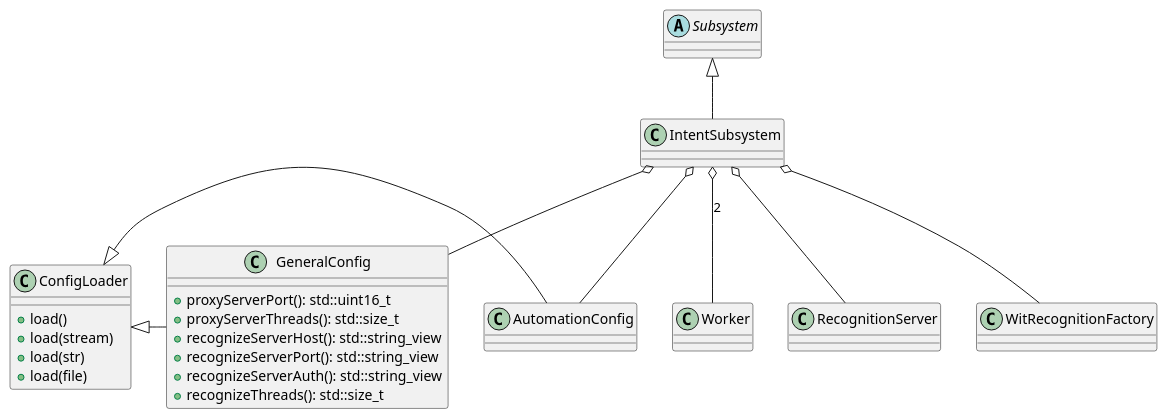
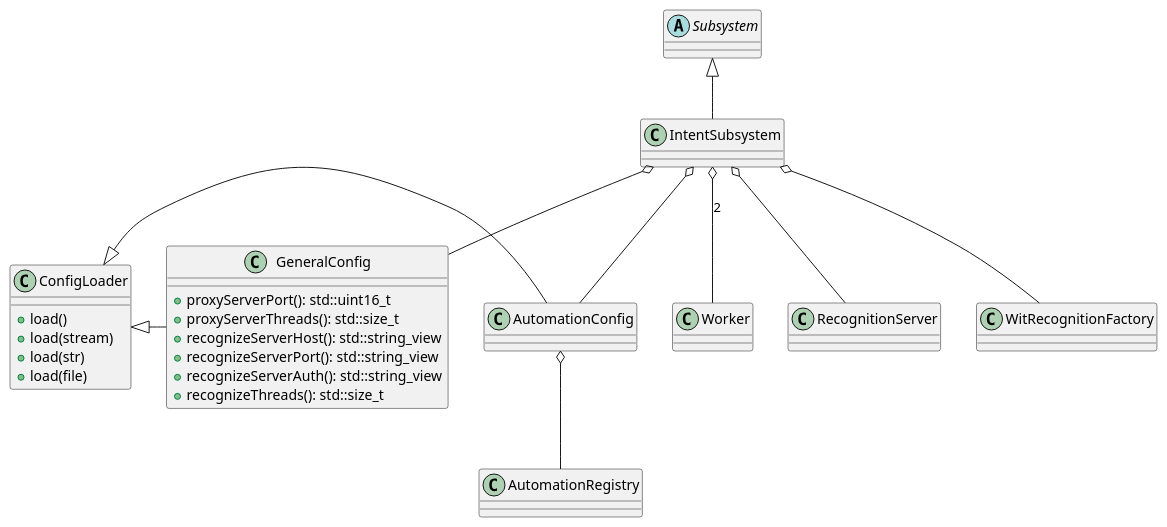
One commit to denoming/rintento changed the second of 10 diagrams in src/intent/doc/intent.md. Above: the diagram before and after it, drawn with PlantUML. The commit also changed other lines of this file, not shown here.

````diff
--- a/src/intent/doc/intent.md
+++ b/src/intent/doc/intent.md
@@ -56,32 +66,34 @@
 ```plantuml
 @startuml
 abstract class Subsystem
 
 class ConfigLoader {
     +load()
     +load(stream)
     +load(str)
     +load(file)
 }
 
 class GeneralConfig {
     +proxyServerPort(): std::uint16_t
     +proxyServerThreads(): std::size_t
     +recognizeServerHost(): std::string_view
     +recognizeServerPort(): std::string_view
     +recognizeServerAuth(): std::string_view
     +recognizeThreads(): std::size_t
 }
 
 ConfigLoader <|- GeneralConfig
 ConfigLoader <|- AutomationConfig
 
+AutomationConfig o-- AutomationRegistry
+
 Subsystem <|-- IntentSubsystem
 
 IntentSubsystem o-- Worker : 2
 IntentSubsystem o-- GeneralConfig
 IntentSubsystem o-- AutomationConfig
 IntentSubsystem o-- RecognitionServer
 IntentSubsystem o-- WitRecognitionFactory
 @enduml
 ```
````
